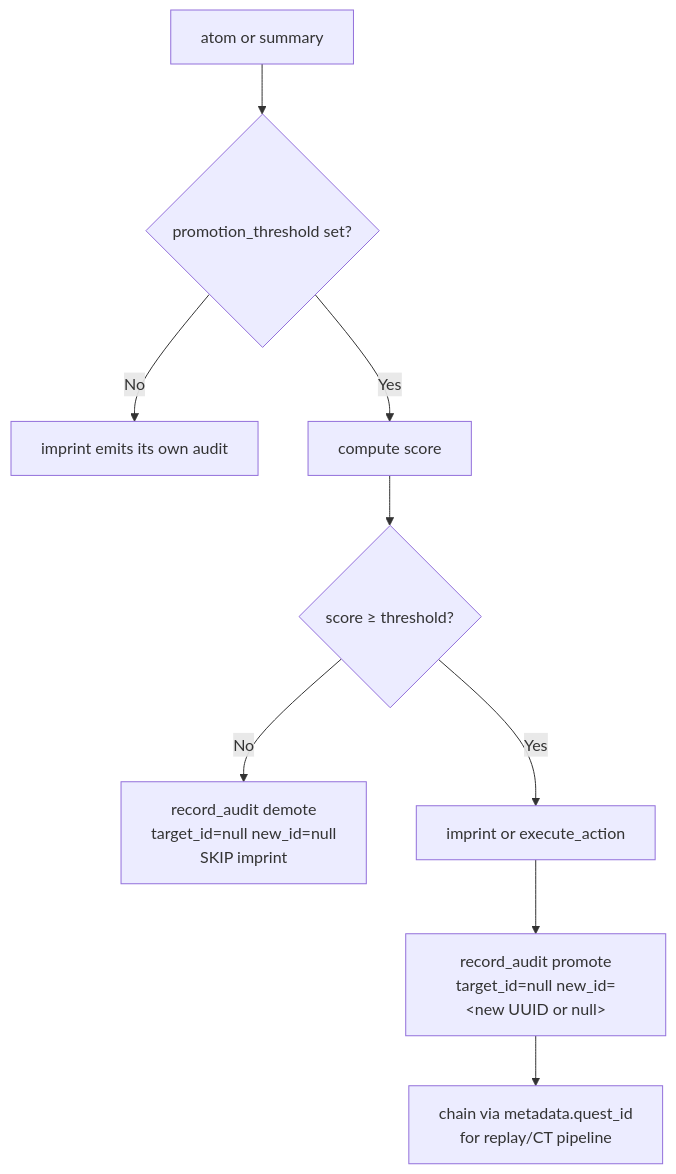
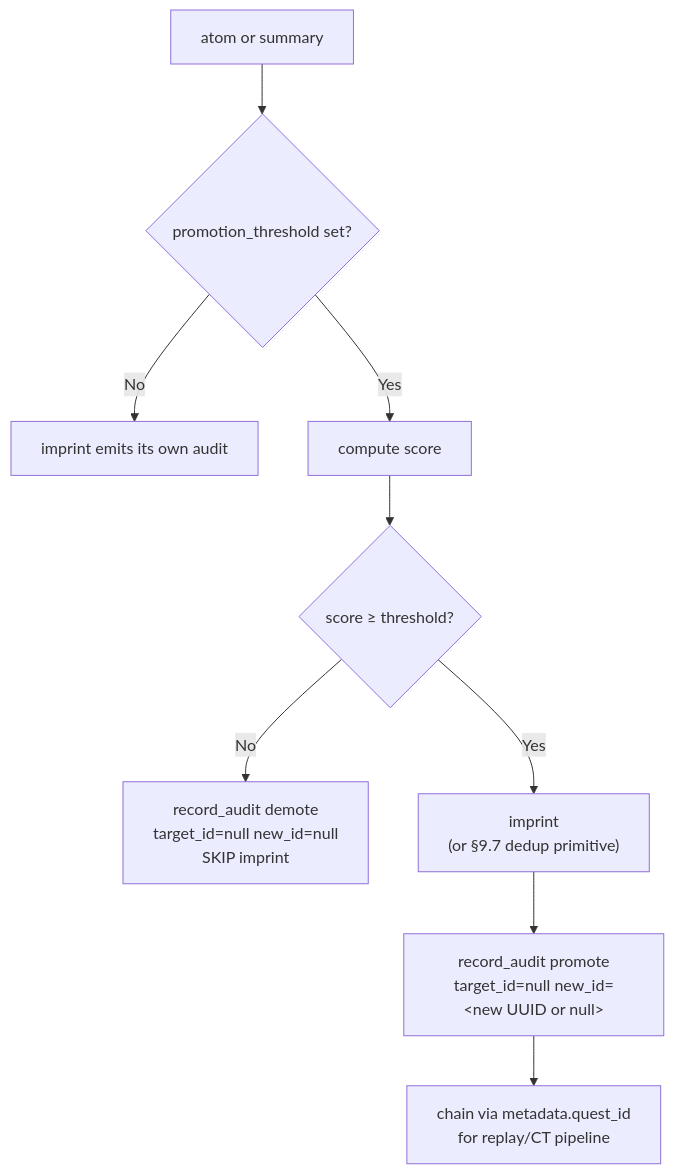
One commit to shaneliuyx/agent-development-curriculum changed the fifth of 18 diagrams in Week 3.5.8 - Two-Tier Memory Architecture.md. Above: the diagram before and after it, drawn with Mermaid. The commit also changed other lines of this file, not shown here.

````diff
--- a/Week 3.5.8 - Two-Tier Memory Architecture.md
+++ b/Week 3.5.8 - Two-Tier Memory Architecture.md
@@ -1923,11 +1415,11 @@
 ```mermaid
 flowchart TD
     A[atom or summary] --> B{promotion_threshold set?}
     B -- No --> F[imprint emits its own audit]
     B -- Yes --> C[compute score]
     C --> D{"score &ge; threshold?"}
     D -- No --> E[record_audit demote<br/>target_id=null new_id=null<br/>SKIP imprint]
-    D -- Yes --> G[imprint or execute_action]
+    D -- Yes --> G["imprint<br/>(or §9.7 dedup primitive)"]
     G --> H[record_audit promote<br/>target_id=null new_id=&lt;new UUID or null&gt;]
     H --> I[chain via metadata.quest_id<br/>for replay/CT pipeline]
 ```
````
